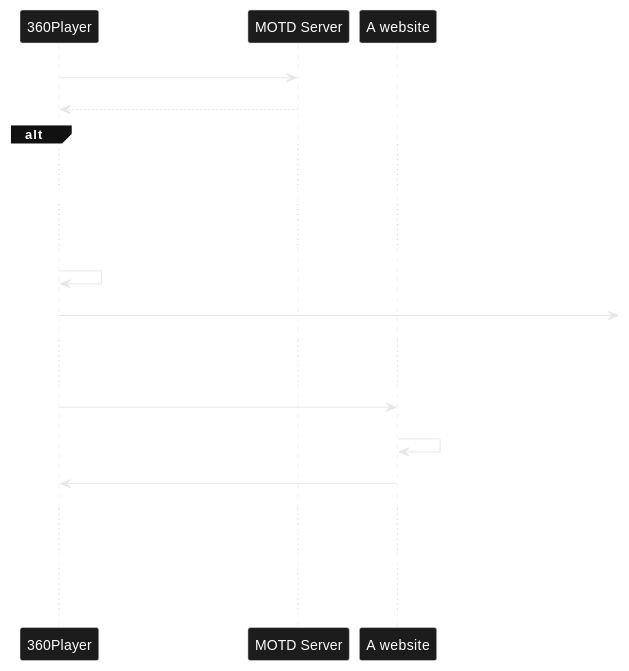
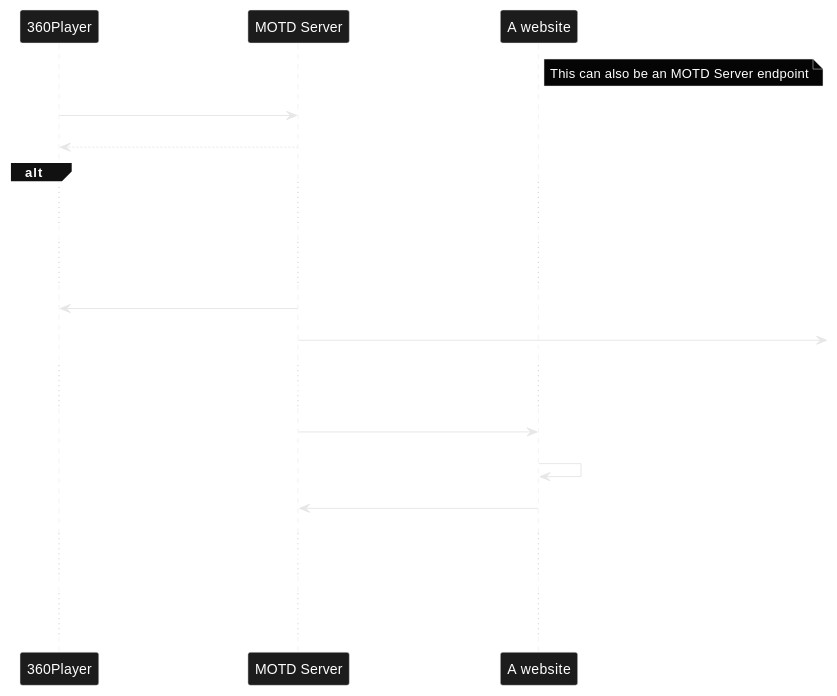
The diagram in MOTD/MOTD.md (BIVROST/360PlayerWindows), drawn with PlantUML before and after one commit. The commit also changed other lines of this file and 6 other files, not shown here.

````diff
--- a/MOTD/MOTD.md
+++ b/MOTD/MOTD.md
@@ -6,35 +6,45 @@
 ```plantuml
 skinparam monochrome reverse
 skinparam backgroundColor transparent
 
-"360Player" -> "MOTD Server": send HTTP request with app details
-"MOTD Server" --> "360Player": json with an action
+participant "360Player" as app
+participant "MOTD Server" as motd
+participant "A website" as website
+
+
+note right of website
+This can also be an MOTD Server endpoint
+end note
+
+
+app -> motd: send HTTP request with app details
+motd --> app: json with an action
 
 alt type=none
 
 ... nothing happens ...
 else type=notification
 
 ... a toast is displayed with an optional link ...
 
-"360Player" -> "360Player": the user clicks on a link
-"360Player" ->  : link launched by a notification's url
+motd -> app: the user clicks on a link
+motd ->  : link launched by a notification's url
 
 else type=popup
 
 ... a popup with a website is displayed ....
 
-"360Player" -> "A website": embedded webpage in a popup
-"A website" -> "A website": additional resources are loaded
-"A website" -> "360Player": optionally, a callback might happen
+motd -> website: embedded webpage in a popup
+website -> website: additional resources are loaded
+website -> motd: optionally, a callback might happen
 
 else an error occured with communication to the MOTD server
 
 ... nothing happens, error is logged ...
 
 else an error is reported by the MOTD server
 
 ... nothing happens, error is logged ...
 
 end
 ```
````
